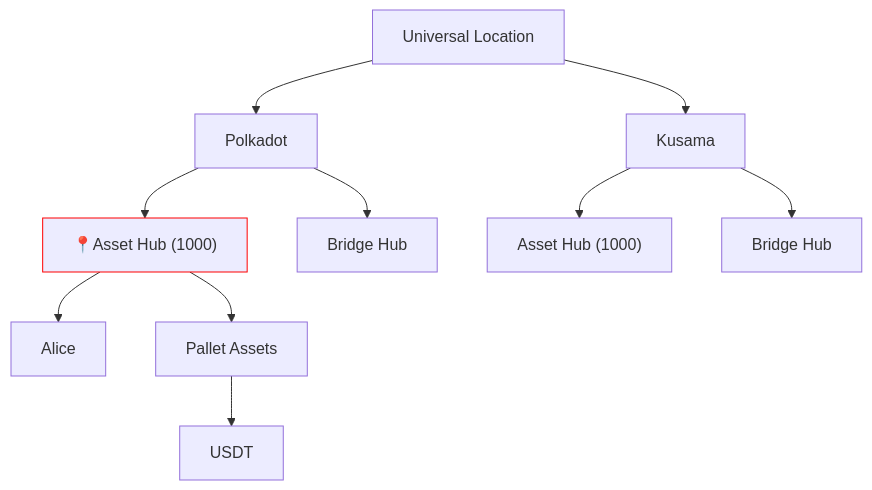
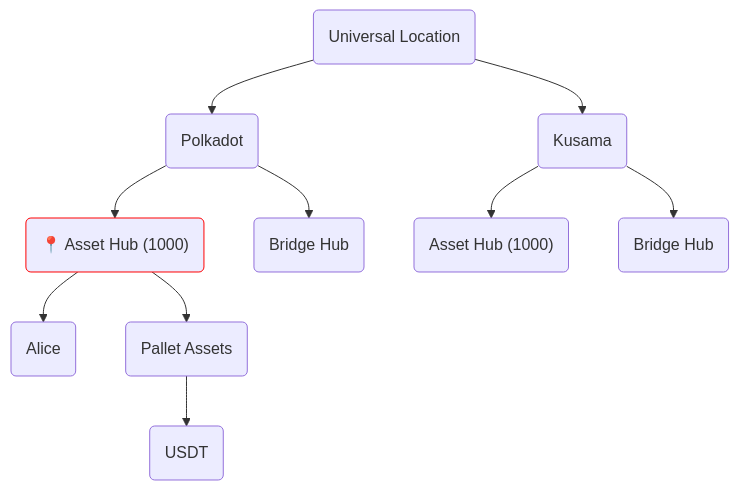
Before and after one commit to Polkadot-Blockchain-Academy/pba-content: diagram 11 of 20 in syllabus/7-XCM/1-Core_Concepts_of_XCM/Core_Concepts_of_XCM_slides.md, drawn with Mermaid. The commit also changed other lines of this file and 1 other file, not shown here.

Commit message:
Change mermaidjs theme

````diff
--- a/syllabus/7-XCM/1-Core_Concepts_of_XCM/Core_Concepts_of_XCM_slides.md
+++ b/syllabus/7-XCM/1-Core_Concepts_of_XCM/Core_Concepts_of_XCM_slides.md
@@ -477,13 +491,13 @@
 ```mermaid
 graph TD
-    Universe[Universal Location]-->Polkadot
-    Universe-->Kusama
-    Polkadot-->PolkaA["📍Asset Hub (1000)"]
-    Polkadot-->PolkaB[Bridge Hub]
-    PolkaA-->Alice
-    PolkaA-->AssetsPallet[Pallet Assets]
-    AssetsPallet-->Asset[USDT]
-    Kusama-->KusamA["Asset Hub (1000)"]
-    Kusama-->KusamB[Bridge Hub]
+    Universe(Universal Location)-->Polkadot(Polkadot)
+    Universe-->Kusama(Kusama)
+    Polkadot-->PolkaA("📍 Asset Hub (1000)")
+    Polkadot-->PolkaB(Bridge Hub)
+    PolkaA-->Alice(Alice)
+    PolkaA-->AssetsPallet(Pallet Assets)
+    AssetsPallet-->Asset(USDT)
+    Kusama-->KusamA("Asset Hub (1000)")
+    Kusama-->KusamB(Bridge Hub)
     style PolkaA stroke:red
 ```
````
